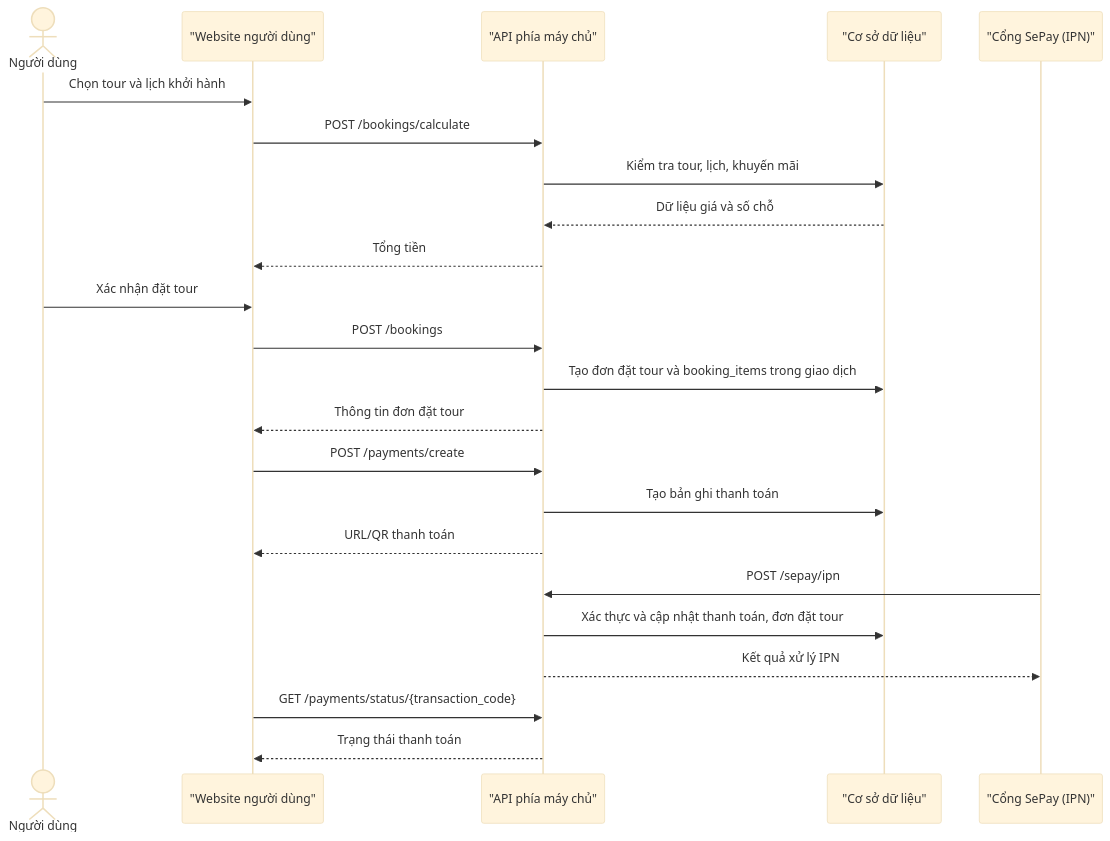
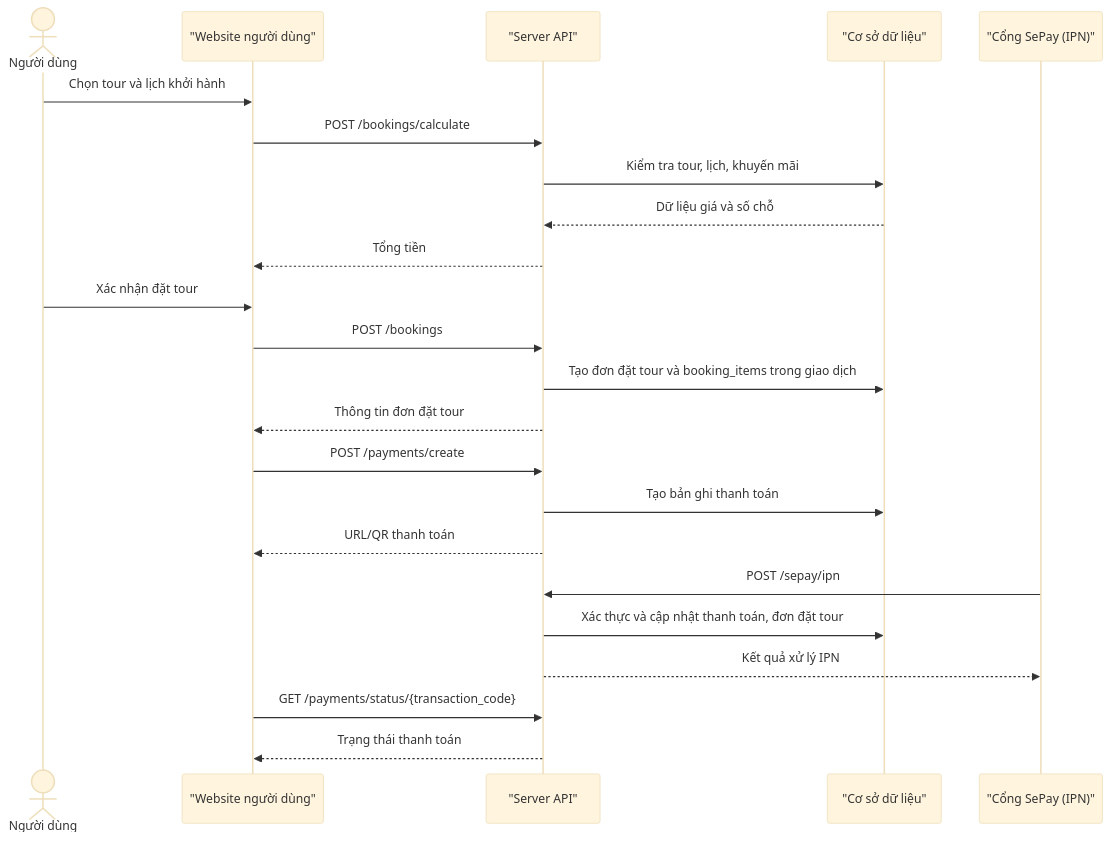
Before and after one commit to TayDuyNguyen/DATN_Document: the fourth of 9 diagrams in bao-cao-do-an-danangtrip-md/03_chuong_2_phan_tich_thiet_ke_he_thong.md, drawn with Mermaid (base theme). The commit also changed other lines of this file and 11 other files, not shown here.

````diff
--- a/bao-cao-do-an-danangtrip-md/03_chuong_2_phan_tich_thiet_ke_he_thong.md
+++ b/bao-cao-do-an-danangtrip-md/03_chuong_2_phan_tich_thiet_ke_he_thong.md
@@ -355,26 +369,26 @@
 ```mermaid
 sequenceDiagram
     actor U as Người dùng
     participant W as "Website người dùng"
-    participant API as "API phía máy chủ"
+    participant API as "Server API"
     participant DB as "Cơ sở dữ liệu"
     participant Pay as "Cổng SePay (IPN)"
 
     U->>W: Chọn tour và lịch khởi hành
     W->>API: POST /bookings/calculate
     API->>DB: Kiểm tra tour, lịch, khuyến mãi
     DB-->>API: Dữ liệu giá và số chỗ
     API-->>W: Tổng tiền
     U->>W: Xác nhận đặt tour
     W->>API: POST /bookings
     API->>DB: Tạo đơn đặt tour và booking_items trong giao dịch
     API-->>W: Thông tin đơn đặt tour
     W->>API: POST /payments/create
     API->>DB: Tạo bản ghi thanh toán
     API-->>W: URL/QR thanh toán
     Pay->>API: POST /sepay/ipn
     API->>DB: Xác thực và cập nhật thanh toán, đơn đặt tour
     API-->>Pay: Kết quả xử lý IPN
     W->>API: GET /payments/status/{transaction_code}
     API-->>W: Trạng thái thanh toán
 ```
````
